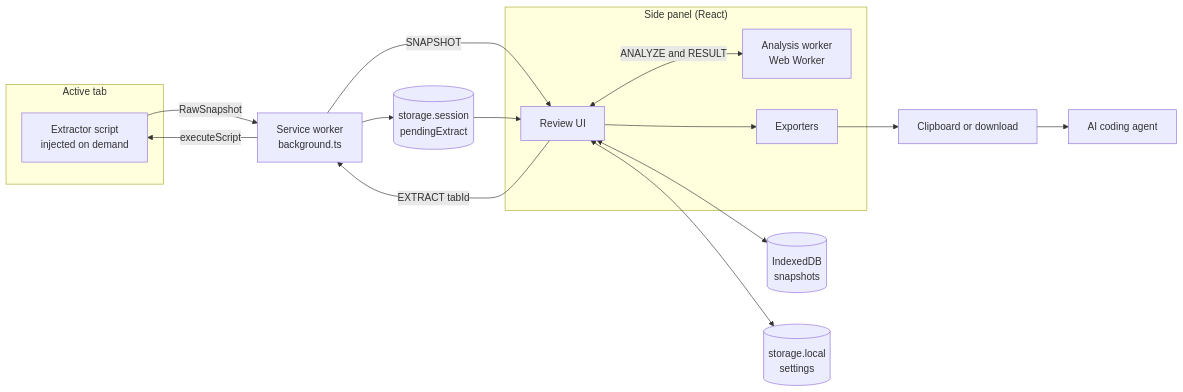
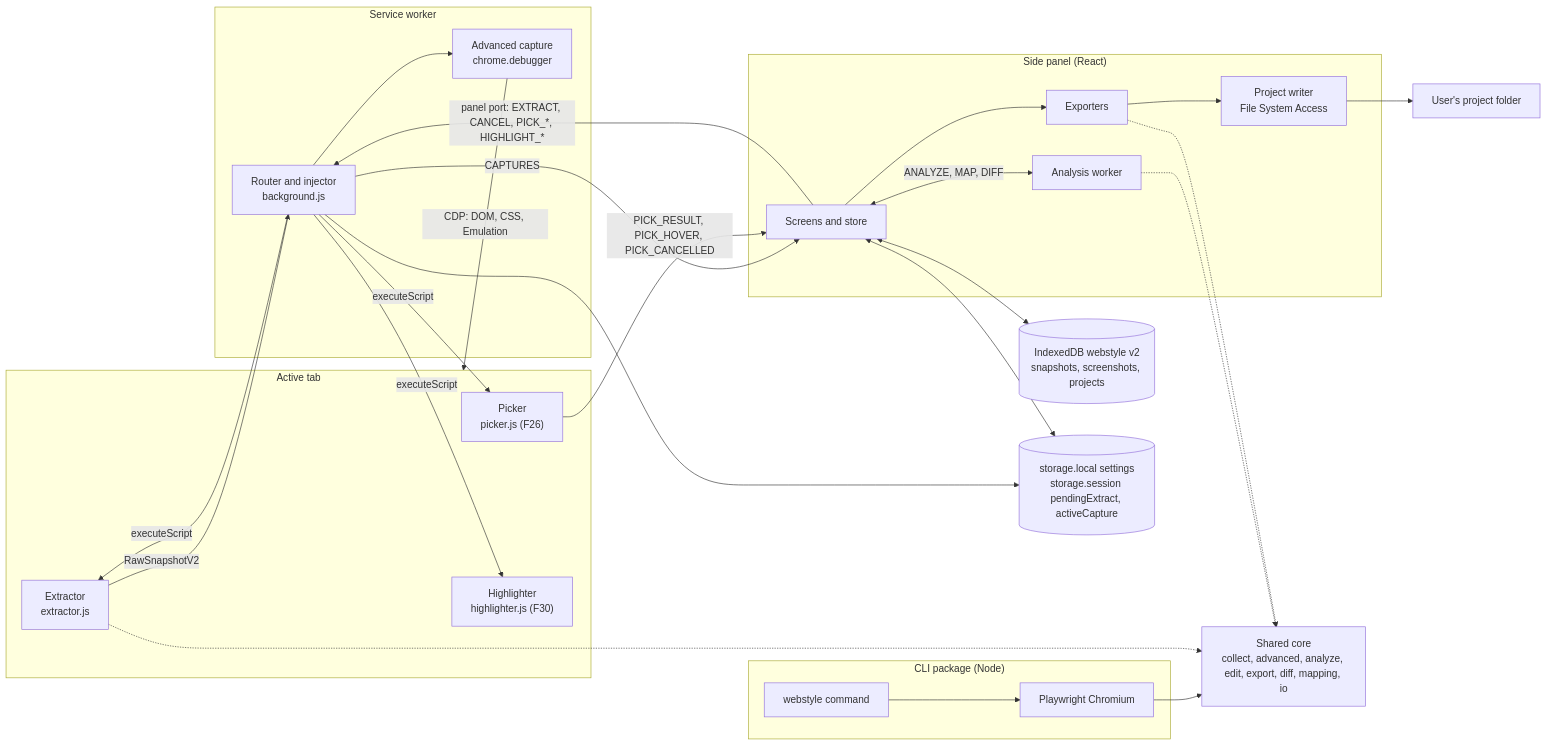
One commit to ankitmaurya-16/webstyle-extractor-for-ai-agents changed the diagram in docs/architecture.md. Above: the diagram before and after it, drawn with Mermaid. The commit also changed other lines of this file and 14 other files, not shown here.

````diff
--- a/docs/architecture.md
+++ b/docs/architecture.md
@@ -7,29 +7,47 @@
 ```mermaid
 flowchart LR
   subgraph TAB["Active tab"]
-    EX["Extractor script<br/>injected on demand"]
+    EX["Extractor<br/>extractor.js"]
+    PK["Picker<br/>picker.js (F26)"]
+    HL["Highlighter<br/>highlighter.js (F30)"]
   end
-  SW["Service worker<br/>background.ts"]
+  subgraph SWBOX["Service worker"]
+    SW["Router and injector<br/>background.js"]
+    ADV["Advanced capture<br/>chrome.debugger"]
+  end
   subgraph PANEL["Side panel (React)"]
-    UI["Review UI"]
-    AW["Analysis worker<br/>Web Worker"]
+    UI["Screens and store"]
+    AW["Analysis worker"]
     XP["Exporters"]
+    PJ["Project writer<br/>File System Access"]
   end
-  DB[("IndexedDB<br/>snapshots")]
-  ST[("storage.local<br/>settings")]
-  SS[("storage.session<br/>pendingExtract")]
-  OUT["Clipboard or download"]
-  AG["AI coding agent"]
-  UI -->|"EXTRACT tabId"| SW
+  DB[("IndexedDB webstyle v2<br/>snapshots, screenshots, projects")]
+  ST[("storage.local settings<br/>storage.session pendingExtract, activeCapture")]
+  REPO["User's project folder"]
+  subgraph CLIBOX["CLI package (Node)"]
+    CLI["webstyle command"]
+    PW["Playwright Chromium"]
+  end
+  CORE["Shared core<br/>collect, advanced, analyze, edit, export, diff, mapping, io"]
+  UI -->|"panel port: EXTRACT, CANCEL, PICK_*, HIGHLIGHT_*"| SW
   SW -->|"executeScript"| EX
-  EX -->|"RawSnapshot"| SW
-  SW -->|"SNAPSHOT"| UI
-  UI <-->|"ANALYZE and RESULT"| AW
+  SW -->|"executeScript"| PK
+  SW -->|"executeScript"| HL
+  SW --> ADV
+  ADV -->|"CDP: DOM, CSS, Emulation"| TAB
+  EX -->|"RawSnapshotV2"| SW
+  SW -->|"CAPTURES"| UI
+  PK -->|"PICK_RESULT, PICK_HOVER, PICK_CANCELLED"| UI
+  UI <-->|"ANALYZE, MAP, DIFF"| AW
   UI --> XP
+  XP --> PJ
+  PJ --> REPO
   UI <--> DB
   UI <--> ST
-  SW --> SS
-  SS --> UI
-  XP --> OUT
-  OUT --> AG
+  SW --> ST
+  CLI --> PW
+  PW --> CORE
+  EX -.-> CORE
+  AW -.-> CORE
+  XP -.-> CORE
 ```
````
